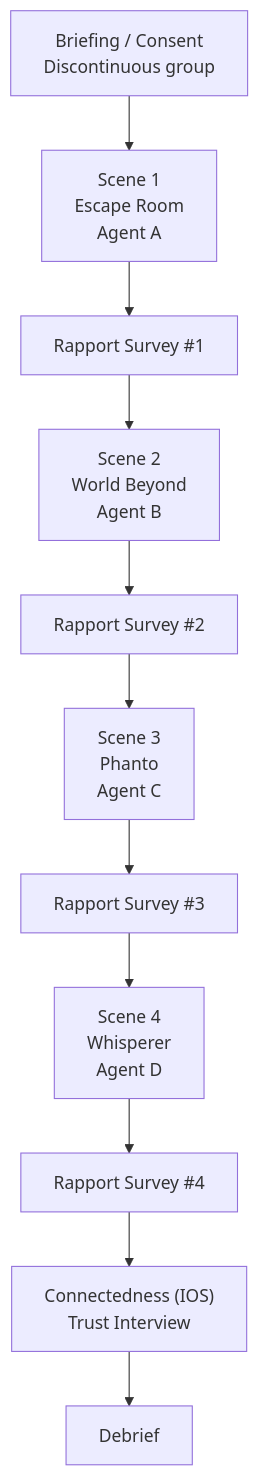
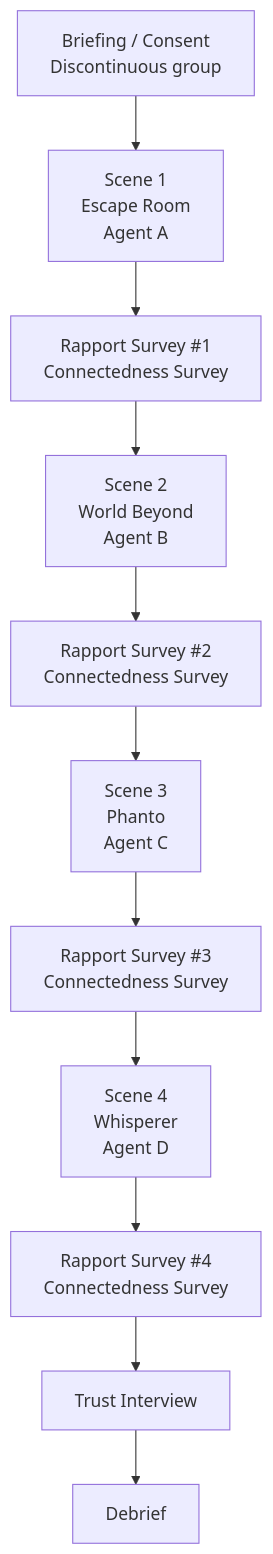
Before and after one commit to R1chi33333/Virtual-Agents: the first of 2 diagrams in README.md, drawn with Mermaid. The commit also changed other lines of this file, not shown here.

````diff
--- a/README.md
+++ b/README.md
@@ -104,16 +104,16 @@
 ```mermaid
 flowchart TD
     A["Briefing / Consent<br/>Discontinuous group"]
     S1["Scene 1<br/>Escape Room<br/>Agent A"]
-    R1["Rapport Survey #1"]
+    R1["Rapport Survey #1<br/>Connectedness Survey"]
     S2["Scene 2<br/>World Beyond<br/>Agent B"]
-    R2["Rapport Survey #2"]
+    R2["Rapport Survey #2<br/>Connectedness Survey"]
     S3["Scene 3<br/>Phanto<br/>Agent C"]
-    R3["Rapport Survey #3"]
+    R3["Rapport Survey #3<br/>Connectedness Survey"]
     S4["Scene 4<br/>Whisperer<br/>Agent D"]
-    R4["Rapport Survey #4"]
-    P["Connectedness (IOS)<br/>Trust Interview"]
+    R4["Rapport Survey #4<br/>Connectedness Survey"]
+    P["Trust Interview"]
     D["Debrief"]
     A --> S1 --> R1 --> S2 --> R2 --> S3 --> R3 --> S4 --> R4 --> P --> D
 
 ```
````
